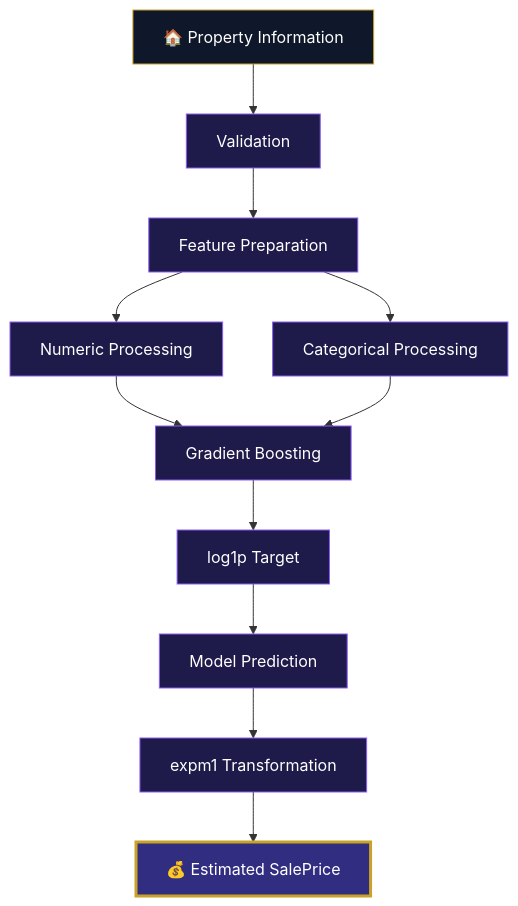
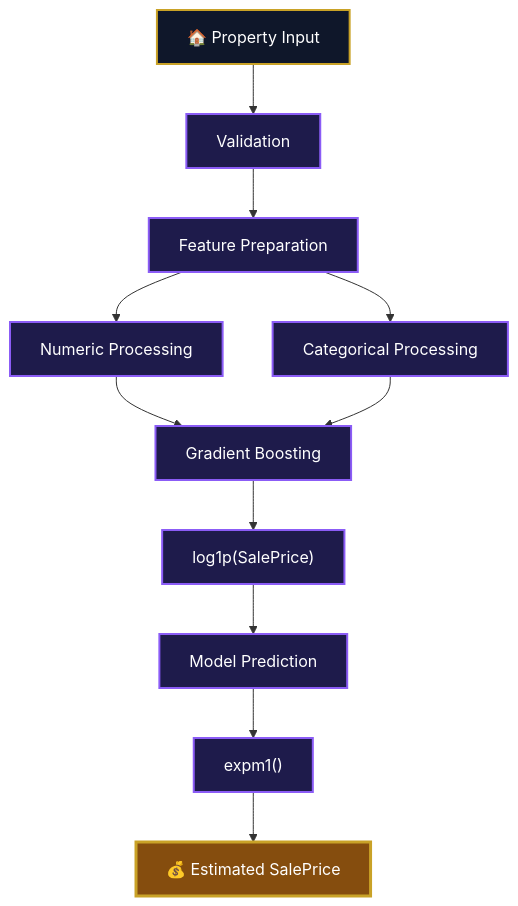
Before and after one commit to Arijit07-tech7/GrihaDrishti: the second of 5 diagrams in README.md, drawn with Mermaid. The commit also changed other lines of this file, not shown here.

````diff
--- a/README.md
+++ b/README.md
@@ -125,21 +185,21 @@
 ```mermaid
 flowchart TD
-    A["🏠 Property Information"] --> B["Validation"]
+    A["🏠 Property Input"] --> B["Validation"]
     B --> C["Feature Preparation"]
     C --> D["Numeric Processing"]
     C --> E["Categorical Processing"]
     D --> F["Gradient Boosting"]
     E --> F
-    F --> G["log1p Target"]
+    F --> G["log1p(SalePrice)"]
     G --> H["Model Prediction"]
-    H --> I["expm1 Transformation"]
+    H --> I["expm1()"]
     I --> J["💰 Estimated SalePrice"]
 
-    classDef input fill:#0F172A,stroke:#C9A227,color:#fff;
-    classDef process fill:#1E1B4B,stroke:#8B5CF6,color:#fff;
-    classDef result fill:#312E81,stroke:#C9A227,color:#fff,stroke-width:3px;
+    classDef input fill:#0F172A,stroke:#C9A227,color:#fff,stroke-width:2px;
+    classDef process fill:#1E1B4B,stroke:#8B5CF6,color:#fff,stroke-width:2px;
+    classDef output fill:#854D0E,stroke:#C9A227,color:#fff,stroke-width:3px;
 
     class A input;
     class B,C,D,E,F,G,H,I process;
-    class J result;
+    class J output;
 ```
````
